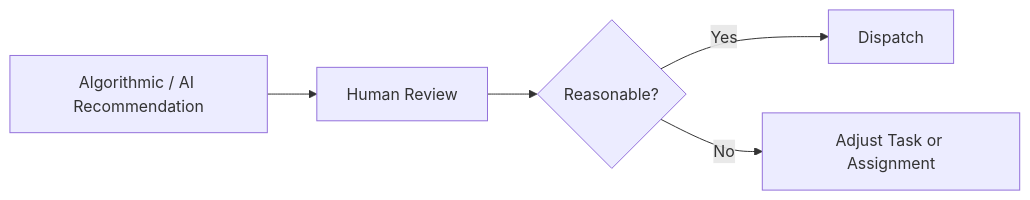
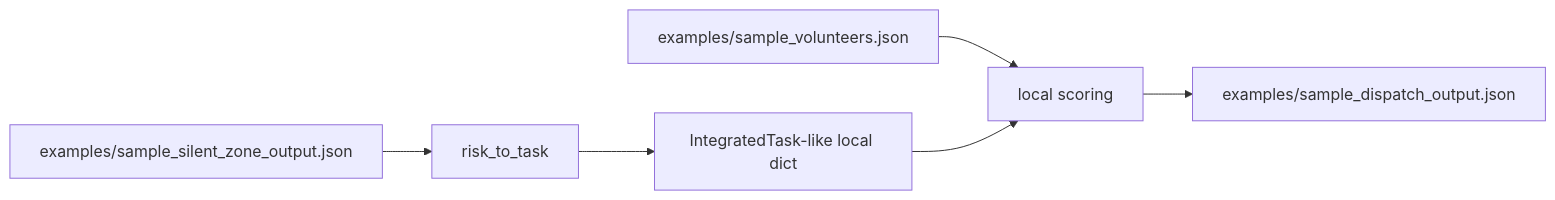
The fourth of 5 diagrams in docs/diagrams.en.md (cloud-driver/disaster-resilience-components), drawn with Mermaid before and after one commit. The commit also changed other lines of this file and 32 other files, not shown here.

````diff
--- a/docs/diagrams.en.md
+++ b/docs/diagrams.en.md
@@ -46,7 +56,8 @@
 ```mermaid
 flowchart LR
-    A[Algorithmic / AI Recommendation] --> B[Human Review]
-    B --> C{Reasonable?}
-    C -->|Yes| D[Dispatch]
-    C -->|No| E[Adjust Task or Assignment]
+  A[examples/sample_silent_zone_output.json] --> B[risk_to_task]
+  B --> C[IntegratedTask-like local dict]
+  D[examples/sample_volunteers.json] --> E[local scoring]
+  C --> E
+  E --> F[examples/sample_dispatch_output.json]
 ```
````
